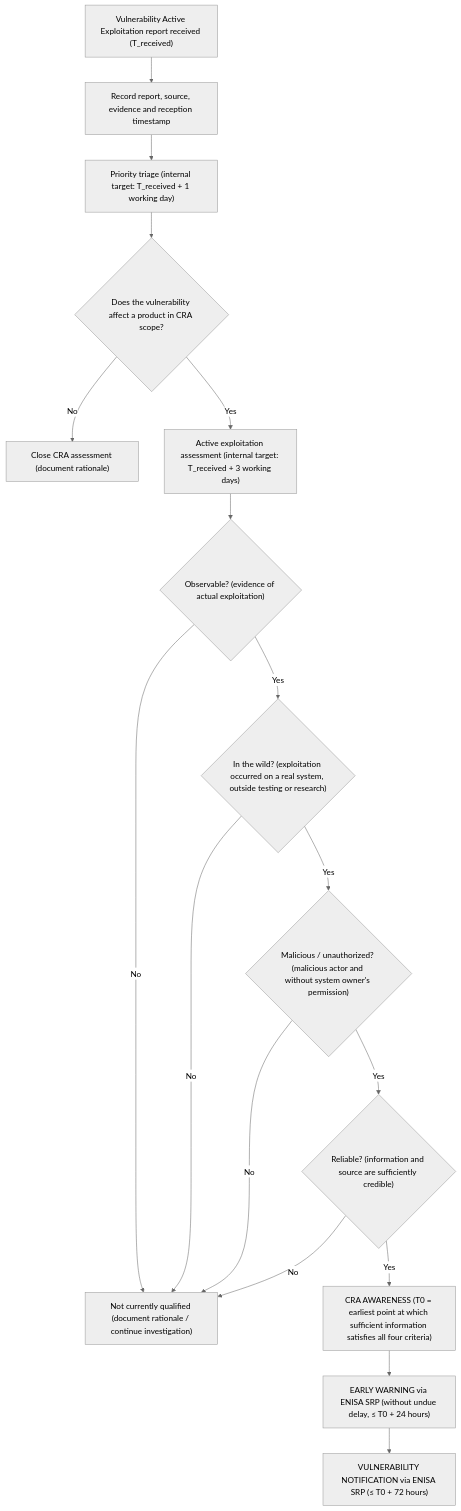
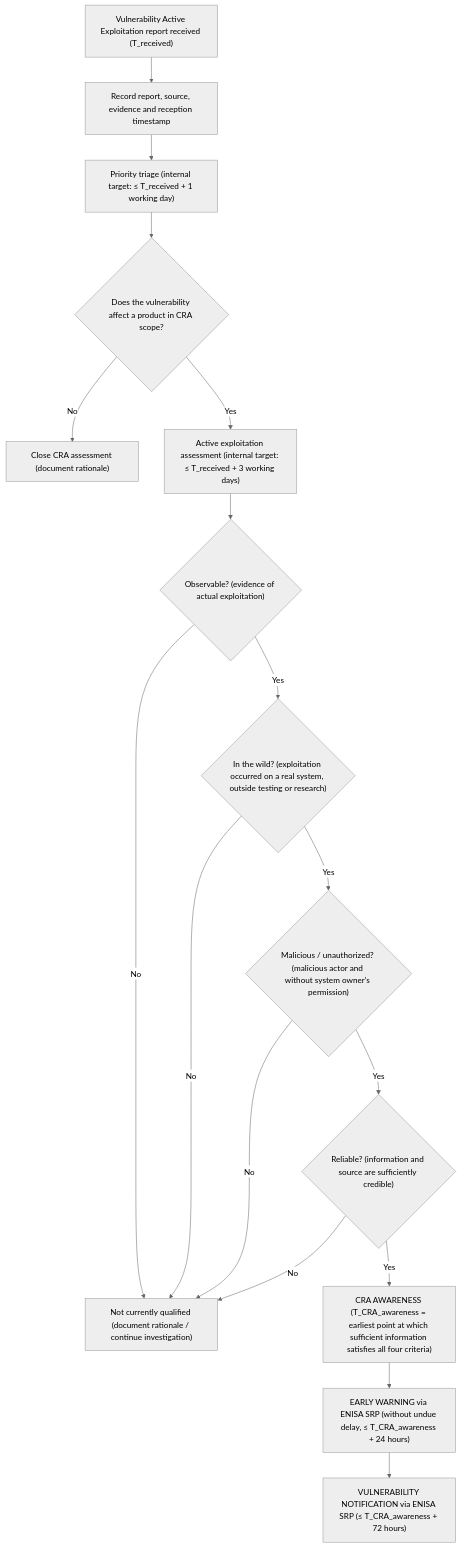
The diagram in templates/actively-exploited-vulnerability-process.md (rfoucard/cra-fast-track), drawn with Mermaid (neutral theme) before and after one commit.

````diff
--- a/templates/actively-exploited-vulnerability-process.md
+++ b/templates/actively-exploited-vulnerability-process.md
@@ -3,31 +3,31 @@
 ```mermaid
 flowchart TD
 
     A["Vulnerability Active Exploitation report received (T_received)"] --> B["Record report, source, evidence and reception timestamp"]
 
-    B --> C["Priority triage (internal target: T_received + 1 working day)"]
+    B --> C["Priority triage (internal target: ≤ T_received + 1 working day)"]
 
     C --> D{"Does the vulnerability affect a product in CRA scope?"}
 
     D -- "No" --> X["Close CRA assessment (document rationale)"]
 
-    D -- "Yes" --> E["Active exploitation assessment (internal target: T_received + 3 working days)"]
+    D -- "Yes" --> E["Active exploitation assessment (internal target: ≤ T_received + 3 working days)"]
 
     E --> F{"Observable? (evidence of actual exploitation)"}
 
     F -- "No" --> Y["Not currently qualified (document rationale / continue investigation)"]
     F -- "Yes" --> G{"In the wild? (exploitation occurred on a real system, outside testing or research)"}
 
     G -- "No" --> Y
     G -- "Yes" --> H{"Malicious / unauthorized? (malicious actor and without system owner's permission)"}
 
     H -- "No" --> Y
     H -- "Yes" --> I{"Reliable? (information and source are sufficiently credible)"}
 
     I -- "No" --> Y
-    I -- "Yes" --> L["CRA AWARENESS (T0 = earliest point at which sufficient information satisfies all four criteria)"]
+    I -- "Yes" --> L["CRA AWARENESS (T_CRA_awareness = earliest point at which sufficient information satisfies all four criteria)"]
 
-    L --> M["EARLY WARNING via ENISA SRP (without undue delay, ≤ T0 + 24 hours)"]
+    L --> M["EARLY WARNING via ENISA SRP (without undue delay, ≤ T_CRA_awareness + 24 hours)"]
 
-    M --> N["VULNERABILITY NOTIFICATION via ENISA SRP (≤ T0 + 72 hours)"]
+    M --> N["VULNERABILITY NOTIFICATION via ENISA SRP (≤ T_CRA_awareness + 72 hours)"]
 ```
````
